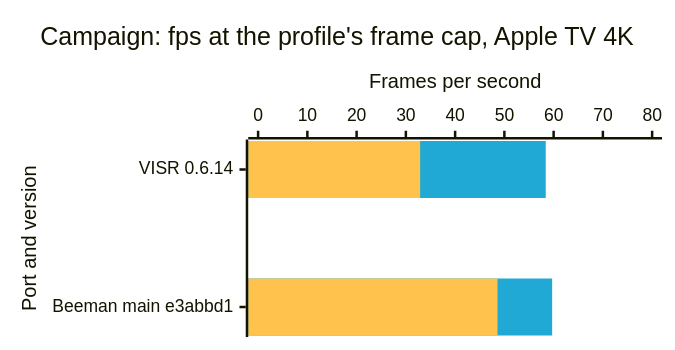
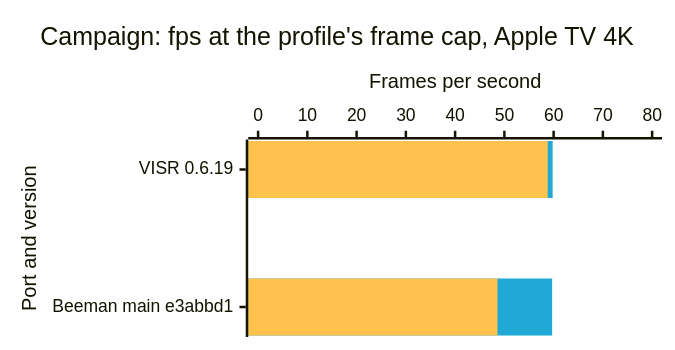
The sixth of 8 diagrams in docs/benchmarks.md (VISR-CE/visr), drawn with Mermaid before and after one commit. The commit also changed other lines of this file and 4 other files, not shown here.

````diff
--- a/docs/benchmarks.md
+++ b/docs/benchmarks.md
@@ -168,17 +168,17 @@
 ```mermaid
 ---
 config:
   xyChart:
     width: 520
     height: 260
   themeVariables:
     xyChart:
       plotColorPalette: "#1fa9d4, #ffc24d"
 ---
 xychart-beta horizontal
     title "Campaign: fps at the profile's frame cap, Apple TV 4K"
-    x-axis "Port and version" ["VISR 0.6.14", "Beeman main e3abbd1"]
+    x-axis "Port and version" ["VISR 0.6.19", "Beeman main e3abbd1"]
     y-axis "Frames per second" 0 --> 80
-    bar [58.4, 59.7]
-    bar [32.9, 48.6]
+    bar [59.8, 59.7]
+    bar [58.8, 48.6]
 ```
````
